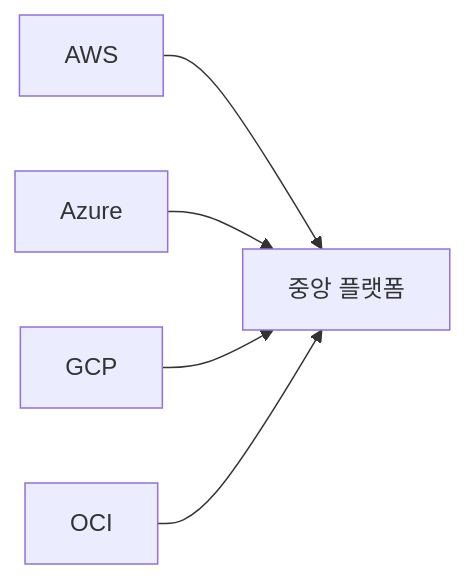
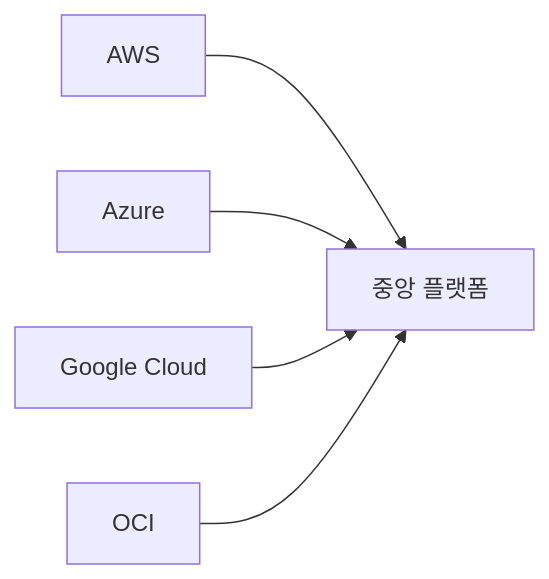
The second of 3 diagrams in devops/observability.md (cloudpickr/cloudpick-docs), drawn with Mermaid before and after one commit. The commit also changed other lines of this file and 68 other files, not shown here.

Commit message:
docs: standardize all GCP references to Google Cloud

````diff
--- a/devops/observability.md
+++ b/devops/observability.md
@@ -61,7 +61,7 @@
 ```mermaid
 graph LR
     A[AWS] --> C[중앙 플랫폼]
     B[Azure] --> C
-    G[GCP] --> C
+    G[Google Cloud] --> C
     O[OCI] --> C
 ```
````
